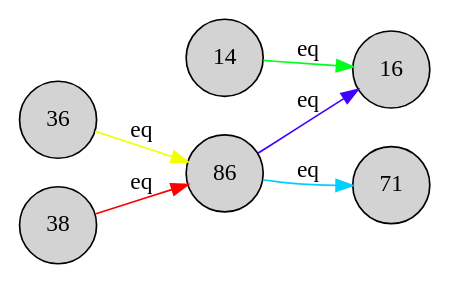
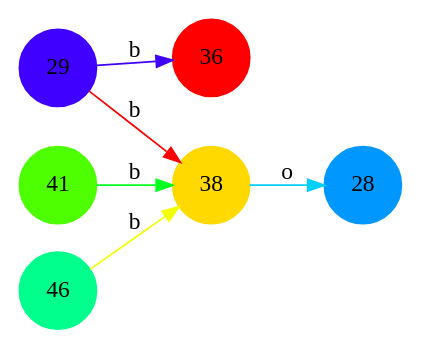
Before and after one commit to AssistiveRoboticsUNH/TCG-Classifier: the diagram in bm_mygraph.dot, drawn with Graphviz. The commit also changed 1 other file, not shown here.

```diff
--- a/bm_mygraph.dot
+++ b/bm_mygraph.dot
@@ -1,14 +1,14 @@
 digraph A {
 rankdir = LR;
-node [shape=circle,style=filled] 14
-node [shape=circle,style=filled] 36
-node [shape=circle,style=filled] 38
-node [shape=circle,style=filled] 16
-node [shape=circle,style=filled] 71
-node [shape=circle,style=filled] 86
-38 -> 86 [label="eq" color="0.0 1.0 1.0" ]
-36 -> 86 [label="eq" color="0.175 1.0 1.0" ]
-14 -> 16 [label="eq" color="0.353 1.0 1.0" ]
-86 -> 71 [label="eq" color="0.531 1.0 1.0" ]
-86 -> 16 [label="eq" color="0.708 1.0 1.0" ]
+node [shape=circle,style=filled,color="0.567 1.0 1.0"] 28
+node [shape=circle,style=filled,color="0.708 1.0 1.0"] 29
+node [shape=circle,style=filled,color="0.0 1.0 1.0"] 36
+node [shape=circle,style=filled,color="0.142 1.0 1.0"] 38
+node [shape=circle,style=filled,color="0.283 1.0 1.0"] 41
+node [shape=circle,style=filled,color="0.425 1.0 1.0"] 46
+29 -> 38 [label="b" color="0.0 1.0 1.0" ]
+46 -> 38 [label="b" color="0.175 1.0 1.0" ]
+41 -> 38 [label="b" color="0.353 1.0 1.0" ]
+38 -> 28 [label="o" color="0.531 1.0 1.0" ]
+29 -> 36 [label="b" color="0.708 1.0 1.0" ]
 }
```
